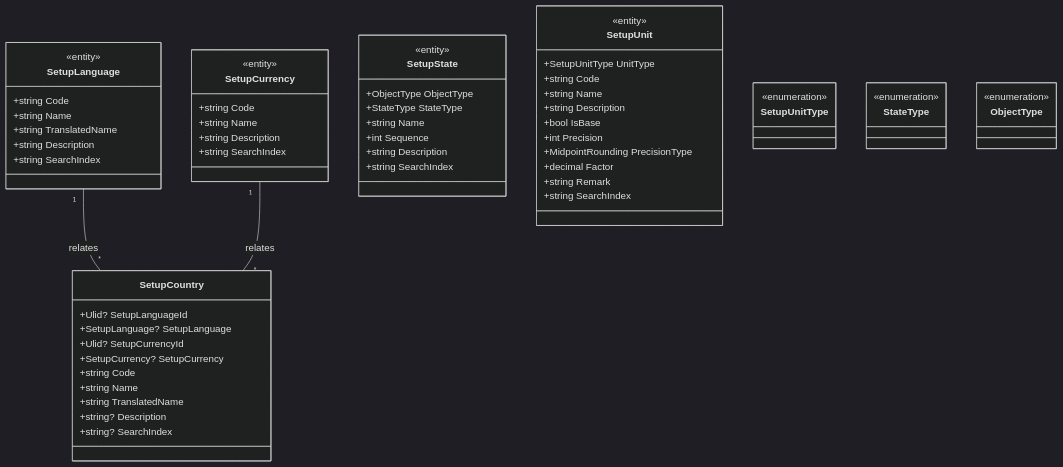
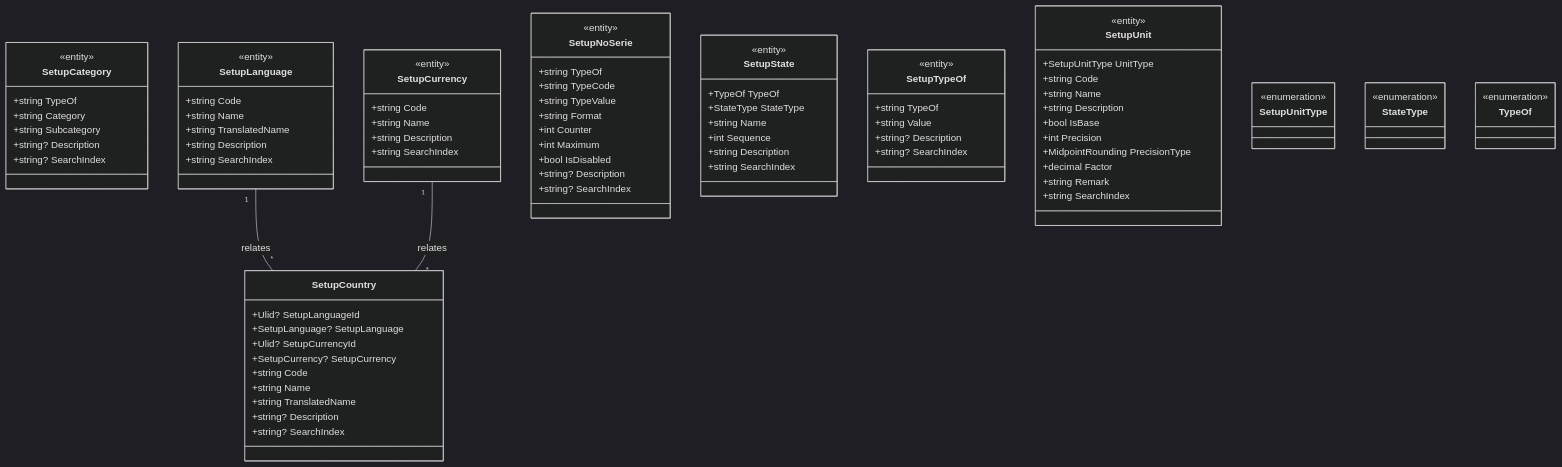
Before and after one commit to huybrechtsxyz/huybrechtsxyz: the diagram in src/website/Huybrechts.Core/Setup/setup.adoc, drawn with Mermaid (dark theme). The commit also changed other lines of this file and 27 other files, not shown here.

```diff
--- a/src/website/Huybrechts.Core/Setup/setup.adoc
+++ b/src/website/Huybrechts.Core/Setup/setup.adoc
@@ -7,6 +7,15 @@
 [mermaid]
 ----
 classDiagram
+  class SetupCategory {
+    <<entity>>
+    +string TypeOf
+    +string Category
+    +string Subcategory
+    +string? Description
+    +string? SearchIndex
+  }
+
   class SetupCountry {
     +Ulid? SetupLanguageId
     +SetupLanguage? SetupLanguage
@@ -18,6 +27,7 @@
     +string? Description
     +string? SearchIndex
   }
+
   class SetupCurrency {
     <<entity>>
     +string Code
@@ -35,14 +45,35 @@
     +string SearchIndex
   }
 
+  class SetupNoSerie {
+    <<entity>>
+    +string TypeOf
+    +string TypeCode
+    +string TypeValue
+    +string Format
+    +int Counter
+    +int Maximum
+    +bool IsDisabled
+    +string? Description
+    +string? SearchIndex
+  }
+
   class SetupState {
     <<entity>>
-    +ObjectType ObjectType
+    +TypeOf TypeOf
     +StateType StateType
     +string Name
     +int Sequence
     +string Description
     +string SearchIndex
+  }
+
+  class SetupTypeOf {
+    <<entity>>
+    +string TypeOf
+    +string Value
+    +string? Description
+    +string? SearchIndex
   }
 
   class SetupUnit {
@@ -67,7 +98,7 @@
       <<enumeration>>
   }
 
-  class ObjectType {
+  class TypeOf {
       <<enumeration>>
   }
 
```
